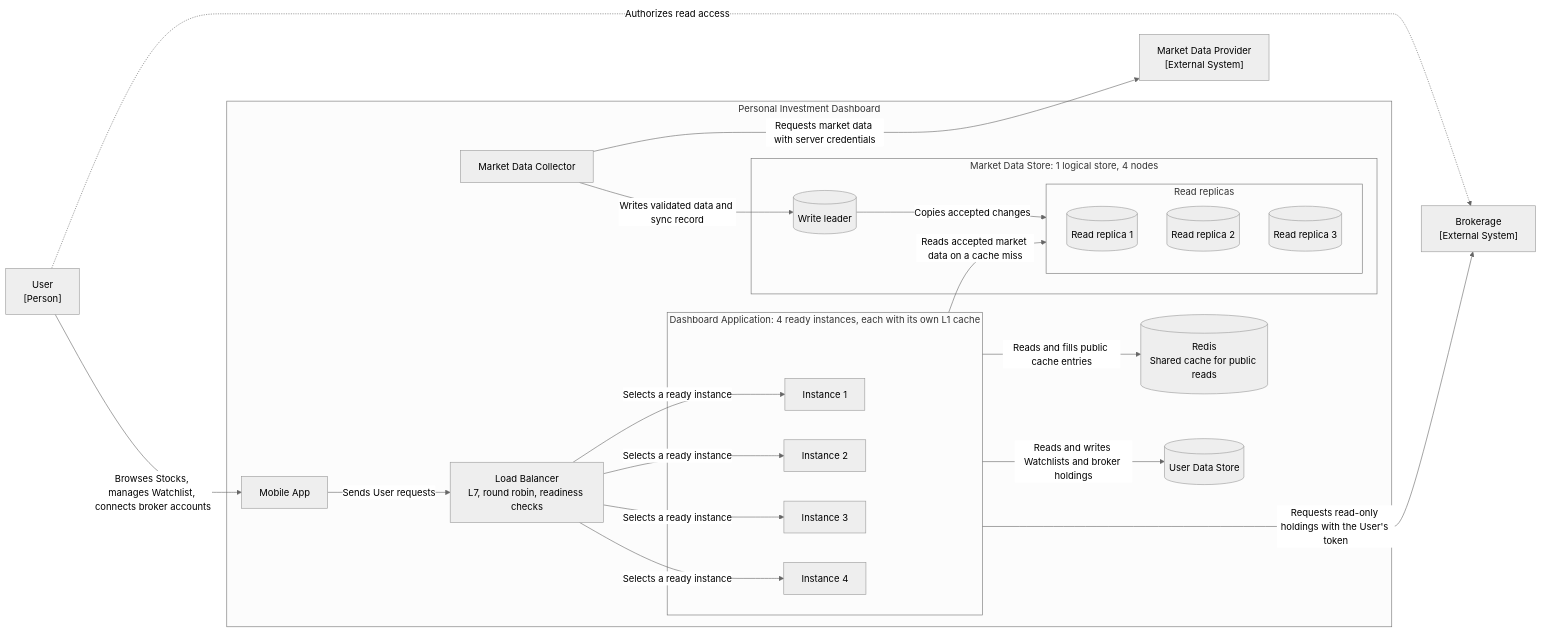
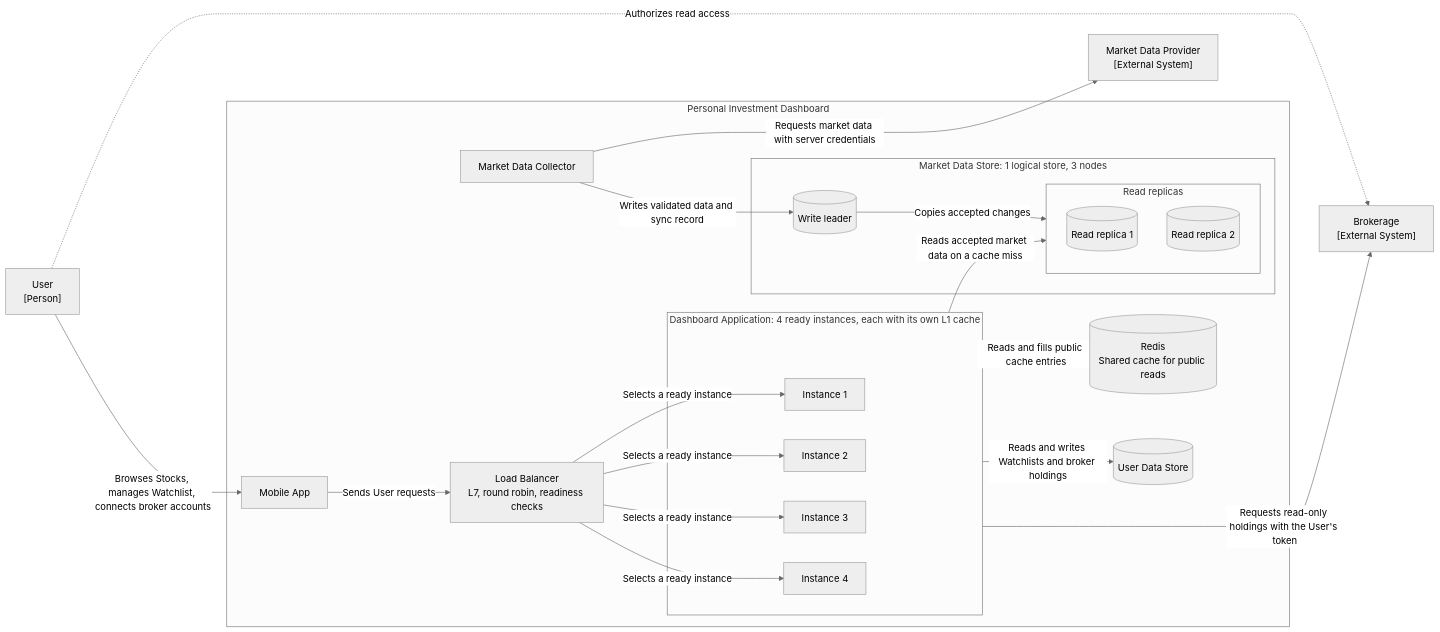
Before and after one commit to C0bera/System-Design: the first of 3 diagrams in SD/lab-4/README.md, drawn with Mermaid (neutral theme). The commit also changed other lines of this file, not shown here.

````diff
--- a/SD/lab-4/README.md
+++ b/SD/lab-4/README.md
@@ -62,47 +57,46 @@
 ```mermaid
 flowchart LR
     user["User<br/>[Person]"]
     provider["Market Data Provider<br/>[External System]"]
     brokerage["Brokerage<br/>[External System]"]
 
     subgraph dashboard["Personal Investment Dashboard"]
         mobile["Mobile App"]
         lb["Load Balancer<br/>L7, round robin, readiness checks"]
 
         subgraph apps["Dashboard Application: 4 ready instances, each with its own L1 cache"]
             app1["Instance 1"]
             app2["Instance 2"]
             app3["Instance 3"]
             app4["Instance 4"]
         end
 
         redis[("Redis<br/>Shared cache for public reads")]
         collector["Market Data Collector"]
         userStore[("User Data Store")]
 
-        subgraph marketStore["Market Data Store: 1 logical store, 4 nodes"]
+        subgraph marketStore["Market Data Store: 1 logical store, 3 nodes"]
             leader[("Write leader")]
             subgraph replicas["Read replicas"]
                 replica1[("Read replica 1")]
                 replica2[("Read replica 2")]
-                replica3[("Read replica 3")]
             end
             leader -->|"Copies accepted changes"| replicas
         end
 
         mobile -->|"Sends User requests"| lb
         lb -->|"Selects a ready instance"| app1
         lb -->|"Selects a ready instance"| app2
         lb -->|"Selects a ready instance"| app3
         lb -->|"Selects a ready instance"| app4
         apps -->|"Reads and fills public cache entries"| redis
         apps -->|"Reads accepted market data on a cache miss"| replicas
         apps -->|"Reads and writes Watchlists and broker holdings"| userStore
         collector -->|"Writes validated data and sync record"| leader
     end
 
     user -->|"Browses Stocks, manages Watchlist, connects broker accounts"| mobile
     user -.->|"Authorizes read access"| brokerage
     collector --->|"Requests market data with server credentials"| provider
     apps --->|"Requests read-only holdings with the User's token"| brokerage
 ```
````
